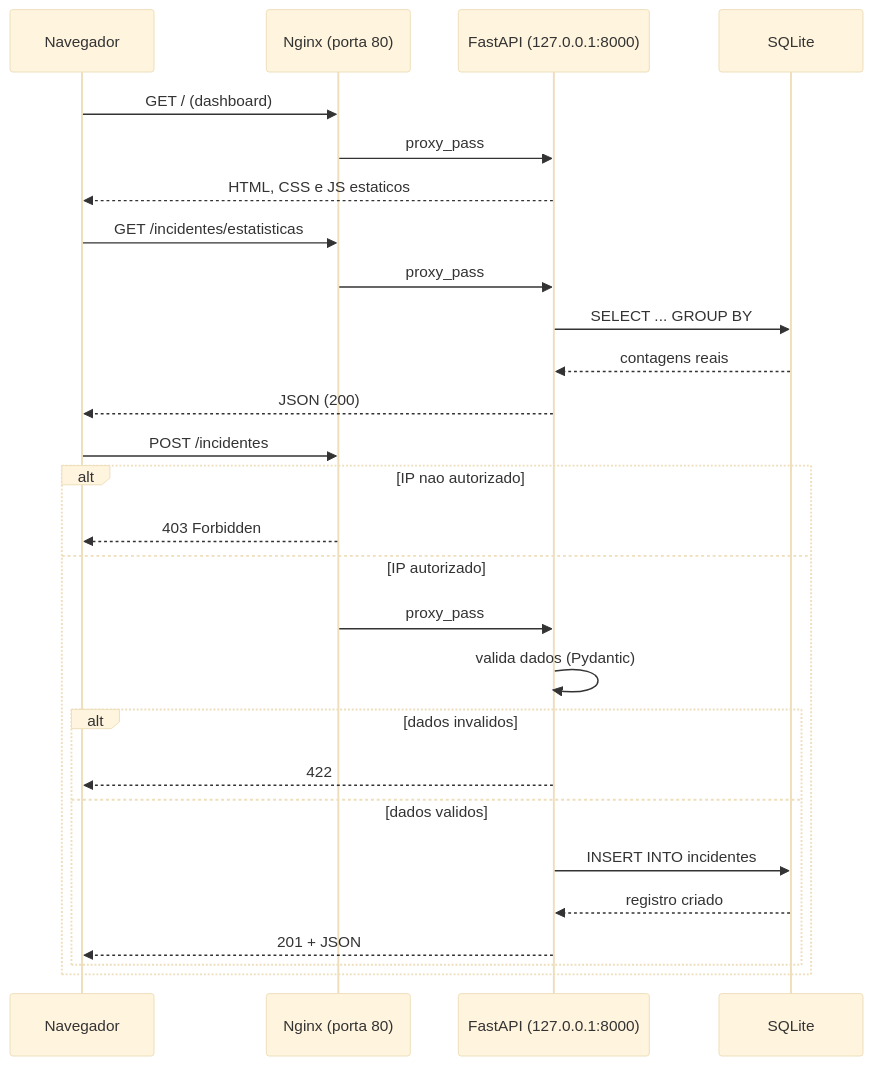
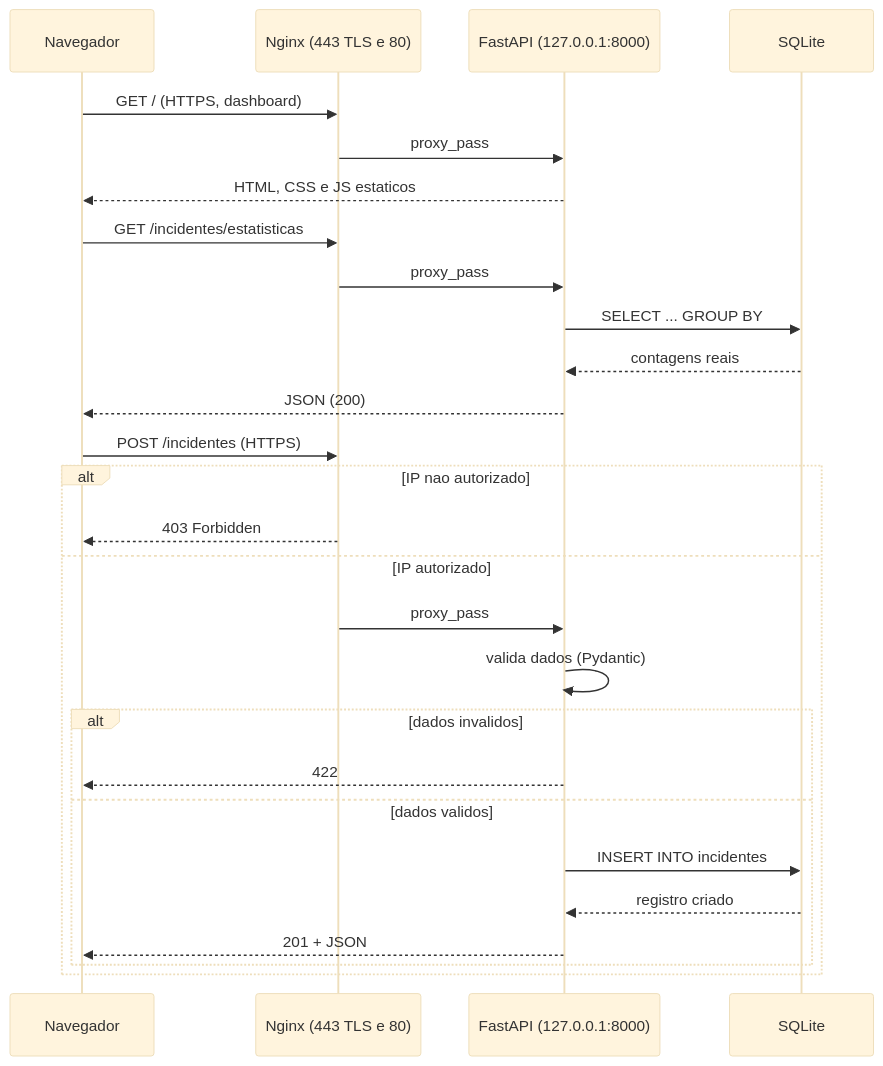
The diagram in docs/diagramas/02-fluxo-requisicao-http.md (brenoaveiro/api-tarefas-fastapi-sqlite-azure), drawn with Mermaid (base theme) before and after one commit. The commit also changed 14 other files, not shown here.

````diff
--- a/docs/diagramas/02-fluxo-requisicao-http.md
+++ b/docs/diagramas/02-fluxo-requisicao-http.md
@@ -3,31 +3,31 @@
 ```mermaid
 sequenceDiagram
     participant N as Navegador
-    participant X as Nginx (porta 80)
+    participant X as Nginx (443 TLS e 80)
     participant F as FastAPI (127.0.0.1:8000)
     participant S as SQLite
 
-    N->>X: GET / (dashboard)
+    N->>X: GET / (HTTPS, dashboard)
     X->>F: proxy_pass
     F-->>N: HTML, CSS e JS estaticos
     N->>X: GET /incidentes/estatisticas
     X->>F: proxy_pass
     F->>S: SELECT ... GROUP BY
     S-->>F: contagens reais
     F-->>N: JSON (200)
 
-    N->>X: POST /incidentes
+    N->>X: POST /incidentes (HTTPS)
     alt IP nao autorizado
         X-->>N: 403 Forbidden
     else IP autorizado
         X->>F: proxy_pass
         F->>F: valida dados (Pydantic)
         alt dados invalidos
             F-->>N: 422
         else dados validos
             F->>S: INSERT INTO incidentes
             S-->>F: registro criado
             F-->>N: 201 + JSON
         end
     end
 ```
````
